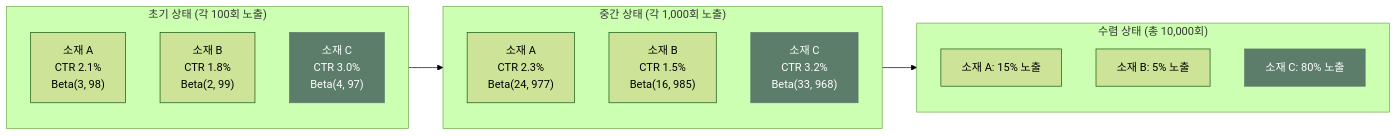
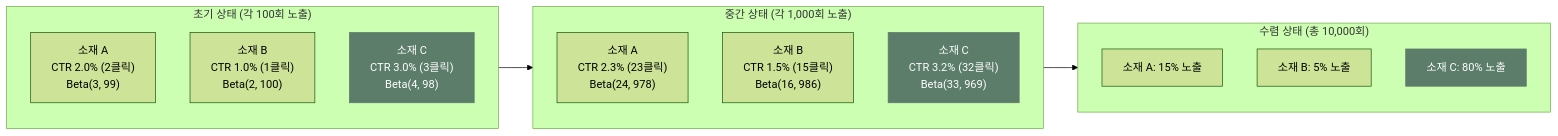
One commit to chkimsu/adtech-blog changed the second of 5 diagrams in posts/exploration-exploitation.md. Above: the diagram before and after it, drawn with Mermaid (forest theme). The commit also changed other lines of this file and 8 other files, not shown here.

````diff
--- a/posts/exploration-exploitation.md
+++ b/posts/exploration-exploitation.md
@@ -204,26 +199,26 @@
 ```mermaid
 graph LR
     subgraph Initial["초기 상태 (각 100회 노출)"]
-        A1["소재 A<br/>CTR 2.1%<br/>Beta(3, 98)"]
-        B1["소재 B<br/>CTR 1.8%<br/>Beta(2, 99)"]
-        C1["소재 C<br/>CTR 3.0%<br/>Beta(4, 97)"]
+        A1["소재 A<br/>CTR 2.0% (2클릭)<br/>Beta(3, 99)"]
+        B1["소재 B<br/>CTR 1.0% (1클릭)<br/>Beta(2, 100)"]
+        C1["소재 C<br/>CTR 3.0% (3클릭)<br/>Beta(4, 98)"]
     end
 
     subgraph Mid["중간 상태 (각 1,000회 노출)"]
-        A2["소재 A<br/>CTR 2.3%<br/>Beta(24, 977)"]
-        B2["소재 B<br/>CTR 1.5%<br/>Beta(16, 985)"]
-        C2["소재 C<br/>CTR 3.2%<br/>Beta(33, 968)"]
+        A2["소재 A<br/>CTR 2.3% (23클릭)<br/>Beta(24, 978)"]
+        B2["소재 B<br/>CTR 1.5% (15클릭)<br/>Beta(16, 986)"]
+        C2["소재 C<br/>CTR 3.2% (32클릭)<br/>Beta(33, 969)"]
     end
 
     subgraph Final["수렴 상태 (총 10,000회)"]
         A3["소재 A: 15% 노출"]
         B3["소재 B: 5% 노출"]
         C3["소재 C: 80% 노출"]
     end
 
     Initial --> Mid --> Final
 
     style C1 fill:#5b7d6a,stroke:#5b7d6a,color:#fff
     style C2 fill:#5b7d6a,stroke:#5b7d6a,color:#fff
     style C3 fill:#5b7d6a,stroke:#5b7d6a,color:#fff
 ```
````
